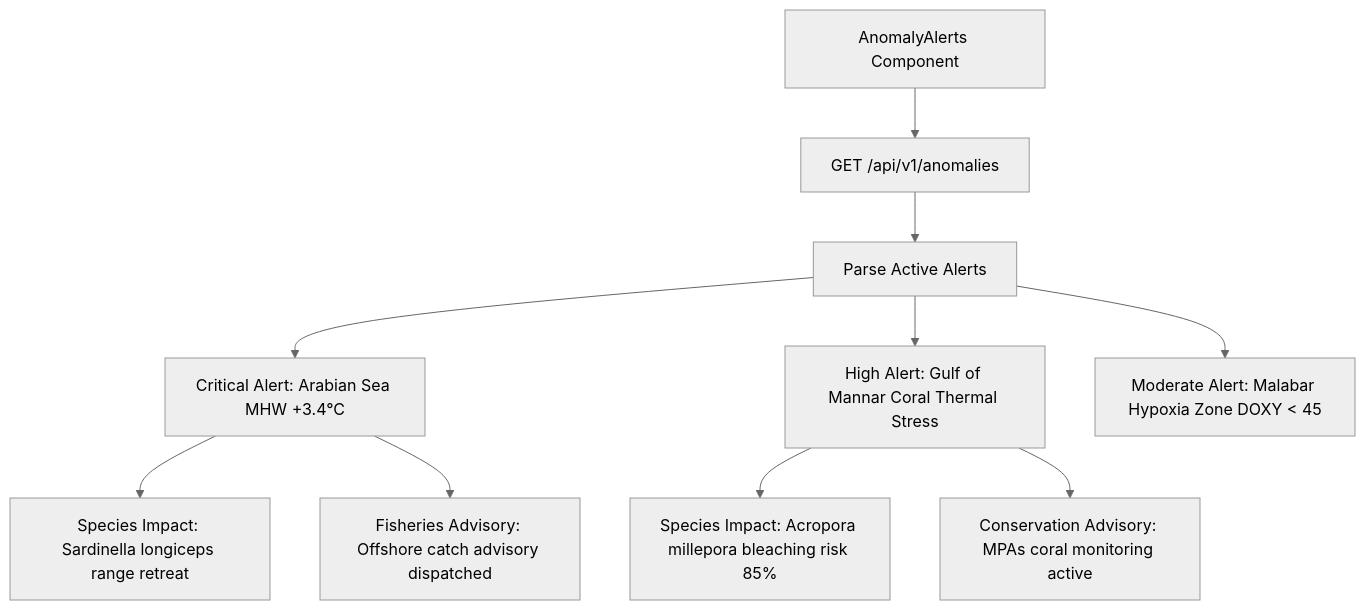
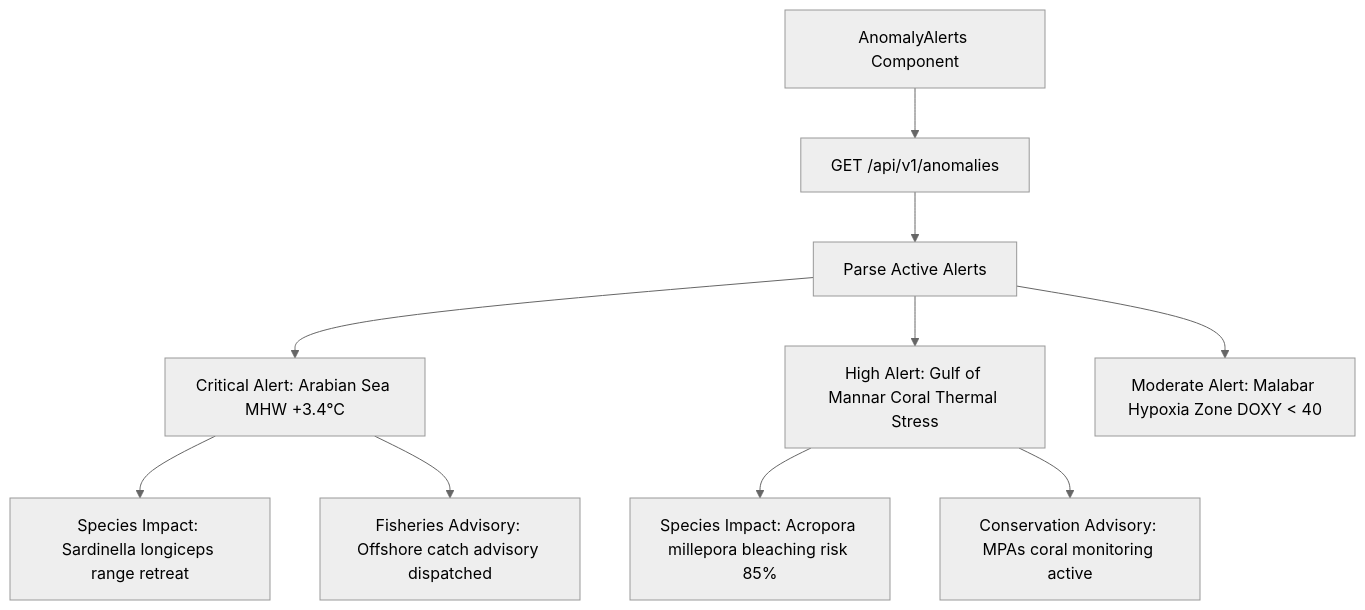
The diagram in docs/assignments/Netal_Gupta.md (Aryan-lomte05/Varuna), drawn with Mermaid (neutral theme) before and after one commit. The commit also changed other lines of this file and 6 other files, not shown here.

````diff
--- a/docs/assignments/Netal_Gupta.md
+++ b/docs/assignments/Netal_Gupta.md
@@ -33,15 +36,15 @@
 ```mermaid
 graph TD
     AlertFeed[AnomalyAlerts Component] --> Fetch[GET /api/v1/anomalies]
     Fetch --> Parse[Parse Active Alerts]
     
     Parse --> Card1[Critical Alert: Arabian Sea MHW +3.4°C]
     Parse --> Card2[High Alert: Gulf of Mannar Coral Thermal Stress]
-    Parse --> Card3[Moderate Alert: Malabar Hypoxia Zone DOXY < 45]
+    Parse --> Card3[Moderate Alert: Malabar Hypoxia Zone DOXY < 40]
     
     Card1 --> Impact1[Species Impact: Sardinella longiceps range retreat]
     Card1 --> Advisory1[Fisheries Advisory: Offshore catch advisory dispatched]
     
     Card2 --> Impact2[Species Impact: Acropora millepora bleaching risk 85%]
     Card2 --> Advisory2[Conservation Advisory: MPAs coral monitoring active]
 ```
````
